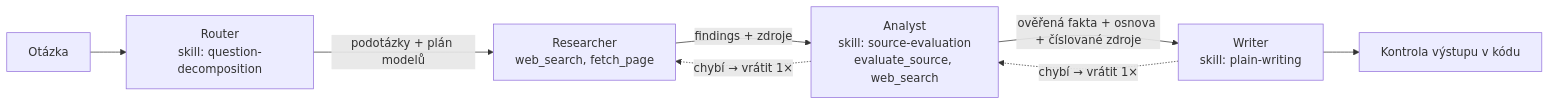
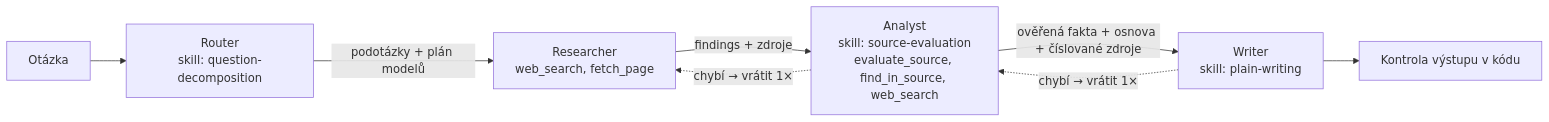
The diagram in README.md (pavelpyt/Search-engine), drawn with Mermaid before and after one commit. The commit also changed other lines of this file and 14 other files, not shown here.

````diff
--- a/README.md
+++ b/README.md
@@ -9,10 +9,10 @@
 ```mermaid
 flowchart LR
     Q[Otázka] --> R[Router<br/>skill: question-decomposition]
     R -- podotázky + plán modelů --> S[Researcher<br/>web_search, fetch_page]
-    S -- findings + zdroje --> A[Analyst<br/>skill: source-evaluation<br/>evaluate_source, web_search]
+    S -- findings + zdroje --> A[Analyst<br/>skill: source-evaluation<br/>evaluate_source, find_in_source, web_search]
     A -. chybí → vrátit 1× .-> S
     A -- ověřená fakta + osnova + číslované zdroje --> W[Writer<br/>skill: plain-writing]
     W -. chybí → vrátit 1× .-> A
     W --> QC[Kontrola výstupu v kódu]
 ```
````
